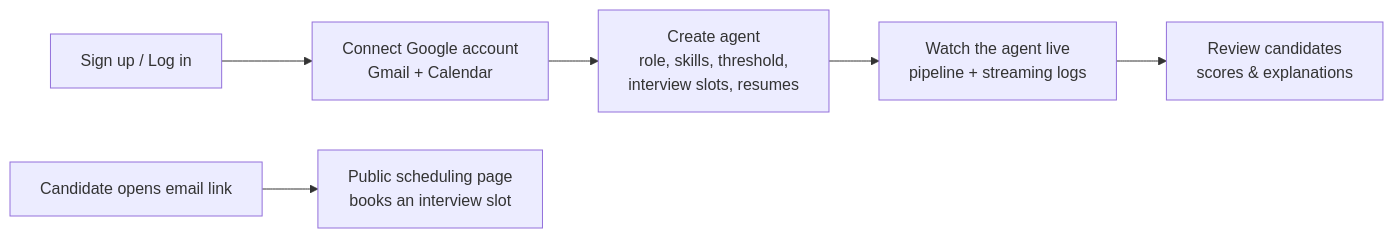
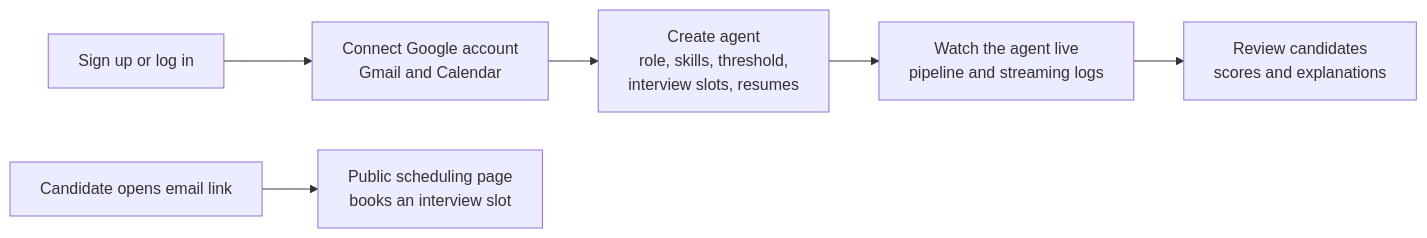
The diagram in README.md (ahadali0500/client.autohire), drawn with Mermaid before and after one commit.

Commit message:
Fix Mermaid diagram syntax in README

````diff
--- a/README.md
+++ b/README.md
@@ -12,8 +12,8 @@
 ```mermaid
 flowchart LR
-    A[Sign up / Log in] --> B[Connect Google account<br/>Gmail + Calendar]
-    B --> C[Create agent<br/>role, skills, threshold,<br/>interview slots, resumes]
-    C --> D[Watch the agent live<br/>pipeline + streaming logs]
-    D --> E[Review candidates<br/>scores & explanations]
-    F[Candidate opens email link] --> G[Public scheduling page<br/>books an interview slot]
+    A["Sign up or log in"] --> B["Connect Google account<br/>Gmail and Calendar"]
+    B --> C["Create agent<br/>role, skills, threshold,<br/>interview slots, resumes"]
+    C --> D["Watch the agent live<br/>pipeline and streaming logs"]
+    D --> E["Review candidates<br/>scores and explanations"]
+    F["Candidate opens email link"] --> G["Public scheduling page<br/>books an interview slot"]
 ```
````
